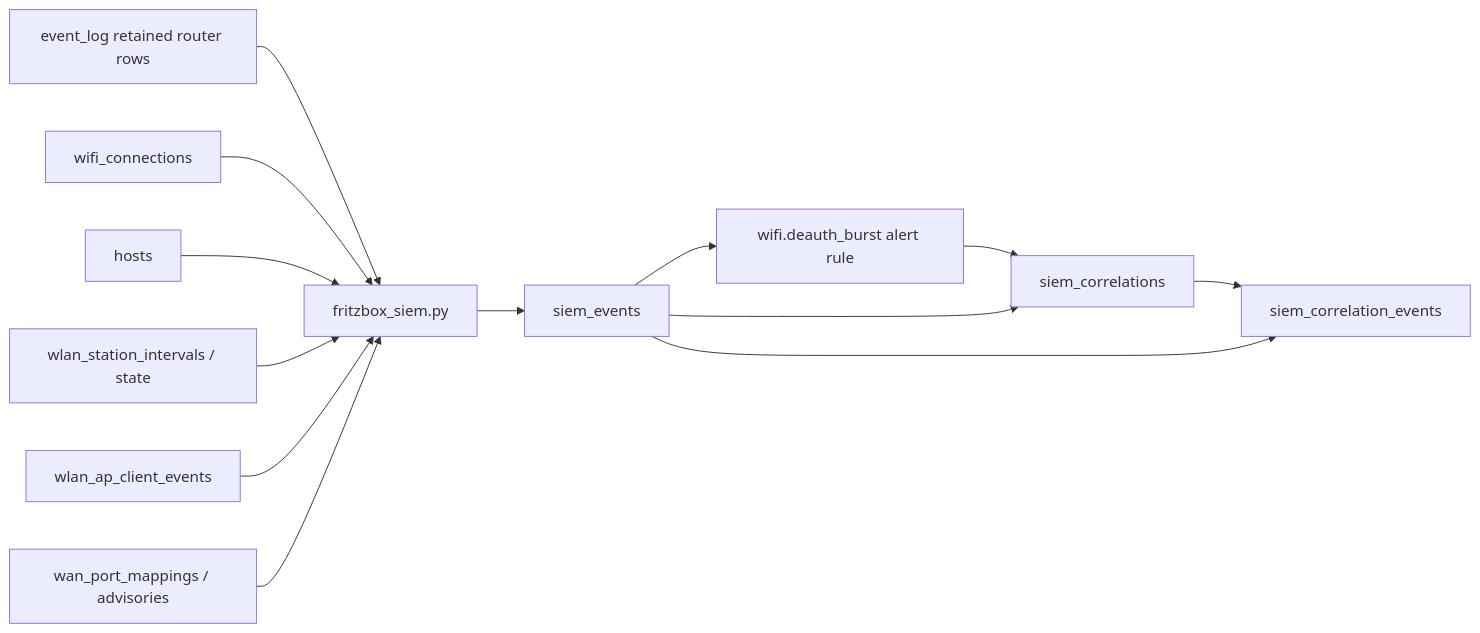
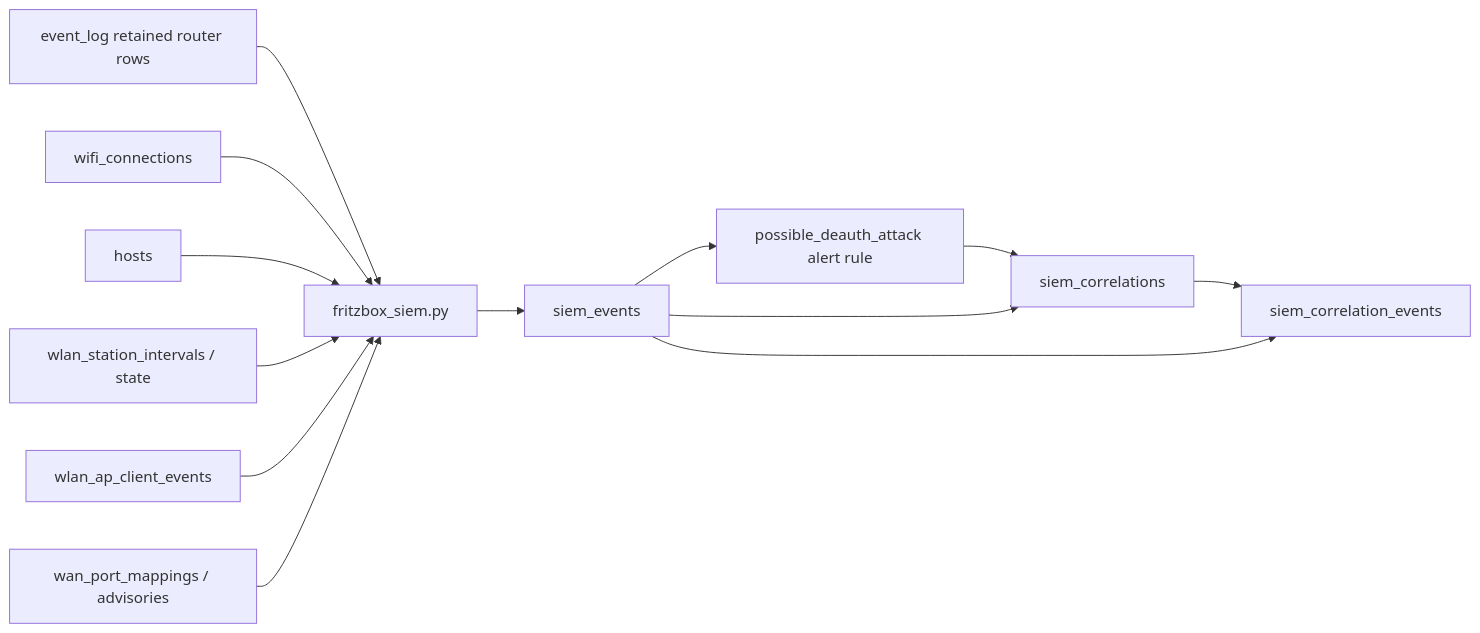
The third of 5 diagrams in docs/architecture.md (StasonJatham/fritzbox-forensic-analyzer), drawn with Mermaid before and after one commit. The commit also changed 5 other files, not shown here.

````diff
--- a/docs/architecture.md
+++ b/docs/architecture.md
@@ -88,27 +88,27 @@
 ```mermaid
 flowchart LR
     eventlog["event_log retained router rows"]
     wifi["wifi_connections"]
     hosts["hosts"]
     station["wlan_station_intervals / state"]
     ap["wlan_ap_client_events"]
     exposure["wan_port_mappings / advisories"]
     normalizer["fritzbox_siem.py"]
     events["siem_events"]
-    deauth["wifi.deauth_burst alert rule"]
+    deauth["possible_deauth_attack alert rule"]
     correlations["siem_correlations"]
     links["siem_correlation_events"]
 
     eventlog --> normalizer
     wifi --> normalizer
     hosts --> normalizer
     station --> normalizer
     ap --> normalizer
     exposure --> normalizer
     normalizer --> events
     events --> deauth
     deauth --> correlations
     events --> correlations
     correlations --> links
     events --> links
 ```
````
